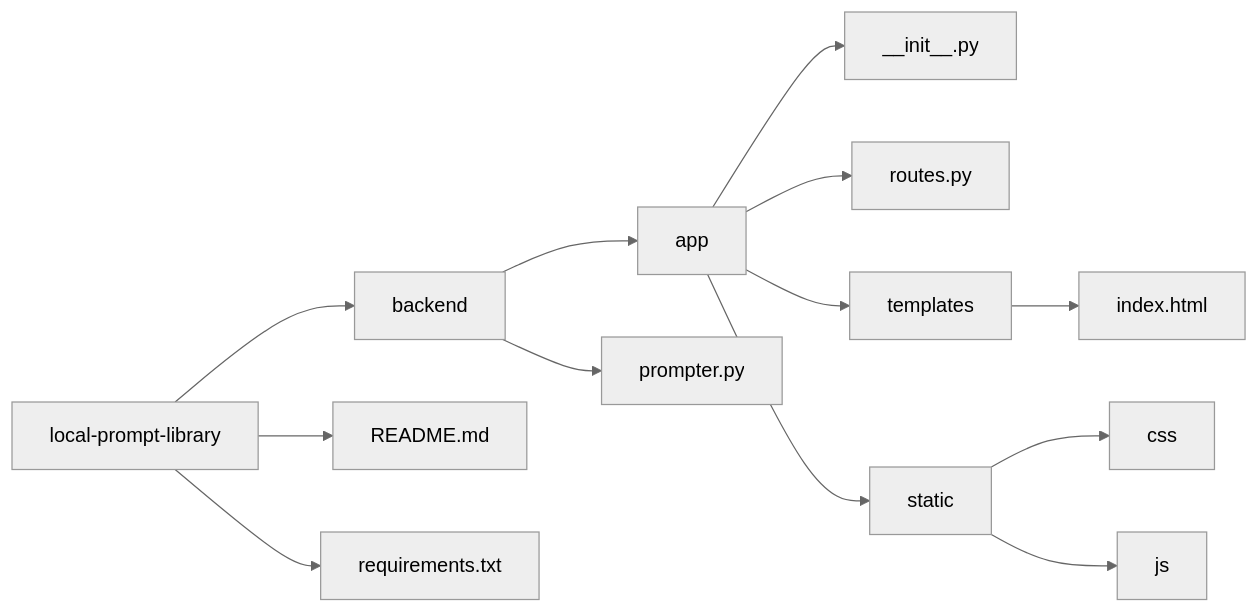
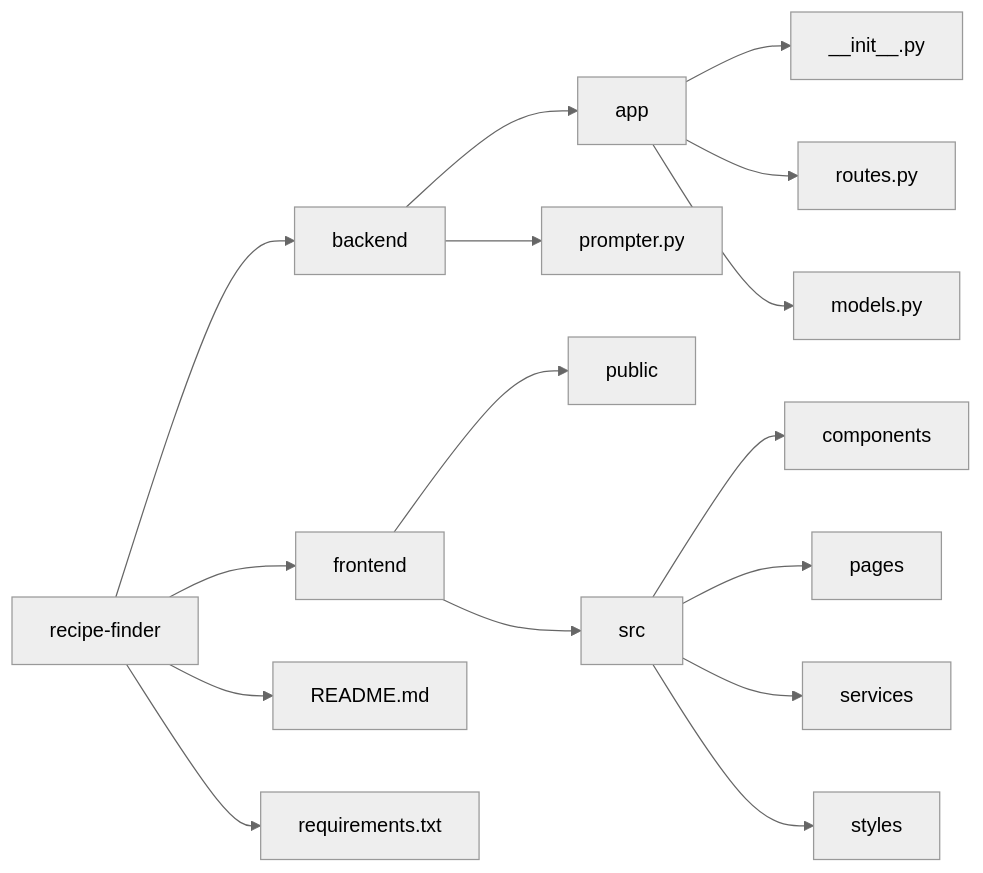
One commit to shinji-Yama77/local-prompt-library changed the third of 3 diagrams in README.md. Above: the diagram before and after it, drawn with Mermaid (neutral theme). The commit also changed other lines of this file and 9 other files, not shown here.

Commit message:
changed purpose of app to recipe finder and configured react with javacsript and vite

````diff
--- a/README.md
+++ b/README.md
@@ -62,15 +72,20 @@
 ```mermaid
 graph LR
-    A[local-prompt-library] --> B[backend]
+    A[recipe-finder] --> B[backend]
+    A --> N[frontend]
     A --> C[README.md]
     A --> D[requirements.txt]
+    
     B --> E[app]
     B --> F[prompter.py]
     E --> G[__init__.py]
     E --> H[routes.py]
-    E --> I[templates]
-    I --> J[index.html]
-    E --> K[static]
-    K --> L[css]
-    K --> M[js]
+    E --> I[models.py]
+    
+    N --> O[public]
+    N --> P[src]
+    P --> Q[components]
+    P --> R[pages]
+    P --> S[services]
+    P --> T[styles]
 ```
````
